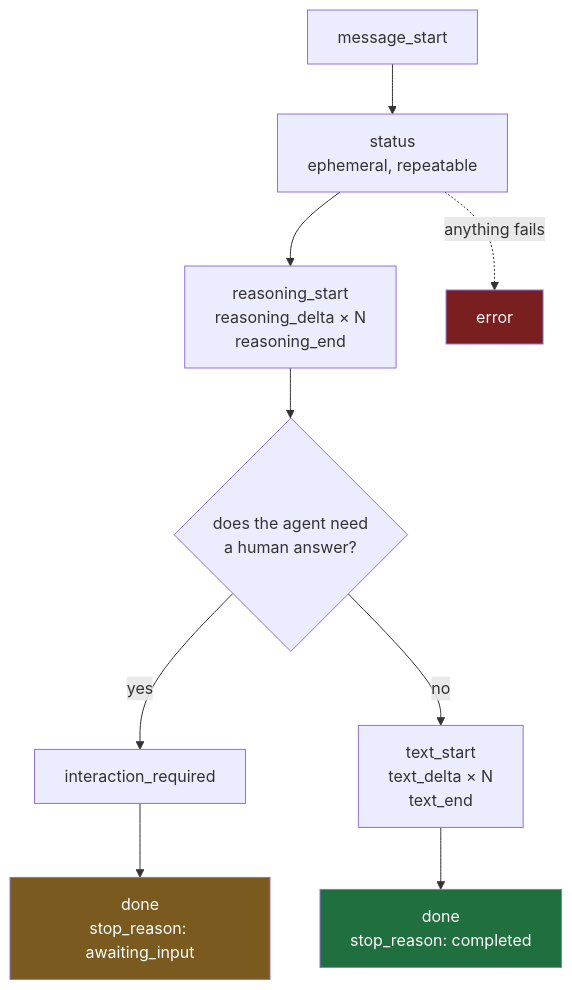
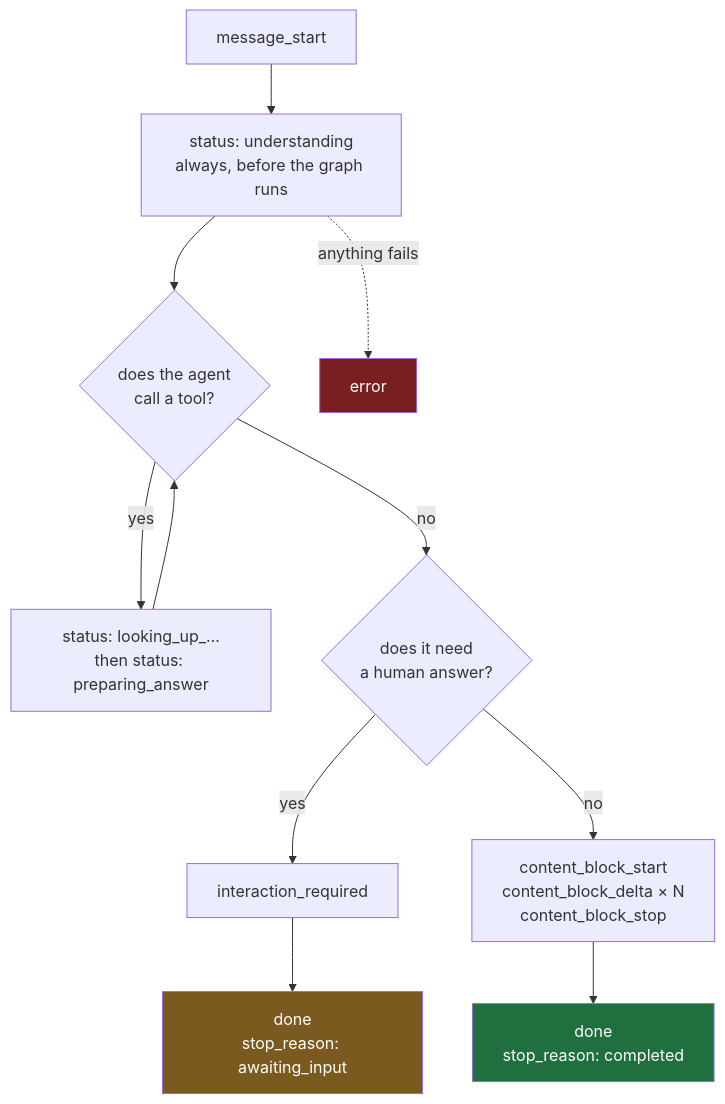
One commit to Dummy-Bug/system-design-handbook changed the diagram in Current-Standing/TODO/03-Stream-Contract.md. Above: the diagram before and after it, drawn with Mermaid. The commit also changed other lines of this file and 8 other files, not shown here.

````diff
--- a/Current-Standing/TODO/03-Stream-Contract.md
+++ b/Current-Standing/TODO/03-Stream-Contract.md
@@ -50,13 +55,15 @@
 ```mermaid
 flowchart TD
-    MS["message_start"] --> S["status<br/>ephemeral, repeatable"]
-    S --> R["reasoning_start<br/>reasoning_delta × N<br/>reasoning_end"]
-    R --> Q{"does the agent need<br/>a human answer?"}
+    MS["message_start"] --> U["status: understanding<br/>always, before the graph runs"]
+    U --> W{"does the agent<br/>call a tool?"}
+    W -->|yes| ST["status: looking_up_…<br/>then status: preparing_answer"]
+    ST --> W
+    W -->|no| Q{"does it need<br/>a human answer?"}
     Q -->|yes| QU["interaction_required"] --> DA["done<br/>stop_reason: awaiting_input"]
-    Q -->|no| T["text_start<br/>text_delta × N<br/>text_end"]
+    Q -->|no| T["content_block_start<br/>content_block_delta × N<br/>content_block_stop"]
     T --> D["done<br/>stop_reason: completed"]
-    S -.->|anything fails| E["error"]
+    U -.->|anything fails| E["error"]
     style D fill:#1f6f3f,color:#fff
     style DA fill:#7a5a1f,color:#fff
     style E fill:#7a1f1f,color:#fff
 ```
````
